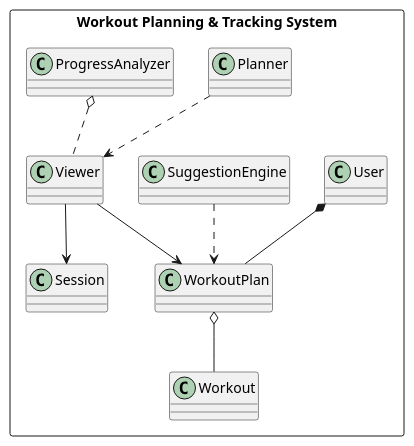
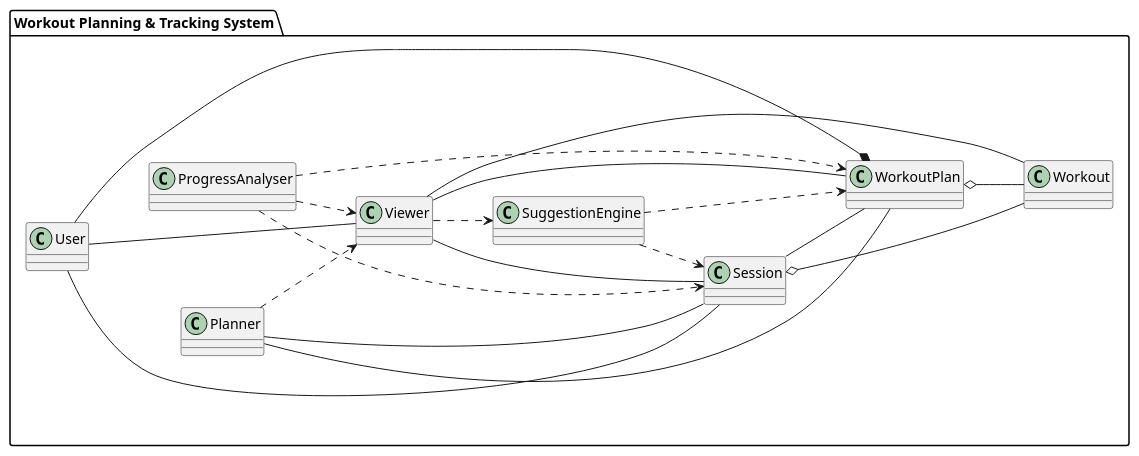
The diagram in docs/class-diagrams/overallClassDiagram.puml (kevinru2023/Legion-Of-Code), drawn with PlantUML before and after one commit. The commit also changed 1 other file, not shown here.

Commit message:
updated overall class diagram

```diff
--- a/docs/class-diagrams/overallClassDiagram.puml
+++ b/docs/class-diagrams/overallClassDiagram.puml
@@ -1,22 +1,38 @@
 @startuml overallClassDiagram
+left to right direction
 
-rectangle "Workout Planning & Tracking System" {
+package "Workout Planning & Tracking System"{
+    class User
+    class Planner
+    class Viewer
     class WorkoutPlan
-    class Viewer
     class Session
     class Workout
-    class User
     class SuggestionEngine
-    class Planner
-    class ProgressAnalyzer
+    class ProgressAnalyser
+
+    User -down-* WorkoutPlan
+    User -down-- Session
+    User -down-- Viewer
+
+    Planner -- WorkoutPlan
+    Planner -- Session
+    Planner ..> Viewer
+
+    Viewer -- WorkoutPlan
+    Viewer -- Session
+    Viewer -- Workout
+    Viewer ..> SuggestionEngine
 
     WorkoutPlan o-- Workout
+    Session -- WorkoutPlan
+    Session o-- Workout
+
+    ProgressAnalyser ..> Viewer
+    ProgressAnalyser ..> Session
+    ProgressAnalyser ..> WorkoutPlan
+
     SuggestionEngine ..> WorkoutPlan
-    Planner ..> Viewer
-    Viewer --> WorkoutPlan
-    Viewer --> Session
-    ProgressAnalyzer o.. Viewer
-    User *-- WorkoutPlan
+    SuggestionEngine ..> Session
 }
-
 @enduml
```
